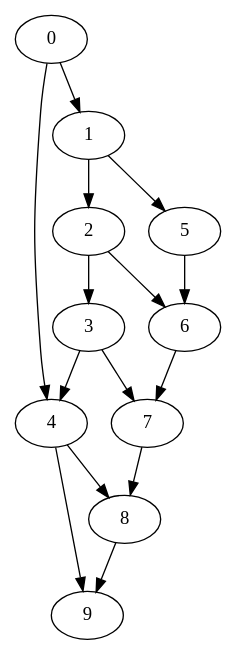
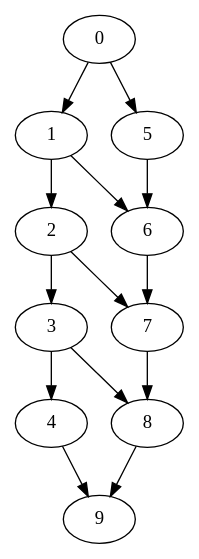
Before and after one commit to nox-x/finder: the diagram in dot/graph10a.txt.dot, drawn with Graphviz. The commit also changed 23 other files, not shown here.

```diff
--- a/dot/graph10a.txt.dot
+++ b/dot/graph10a.txt.dot
@@ -1,12 +1,15 @@
 digraph G {
-0 -> 4
-0 -> 1 -> 5
-1 -> 2 -> 6
-2 -> 3 -> 7
-3 -> 4 -> 8
+0 -> 1
+0 -> 5
+1 -> 2
+1 -> 6
+2 -> 3
+2 -> 7
+3 -> 4
+3 -> 8
 4 -> 9
 5 -> 6
 6 -> 7
 7 -> 8
 8 -> 9
-9}
+}
```
